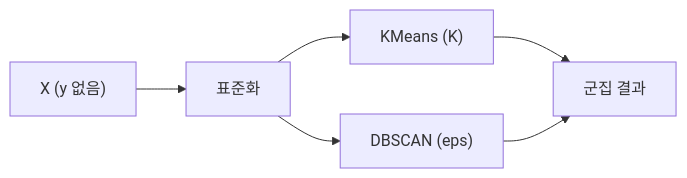
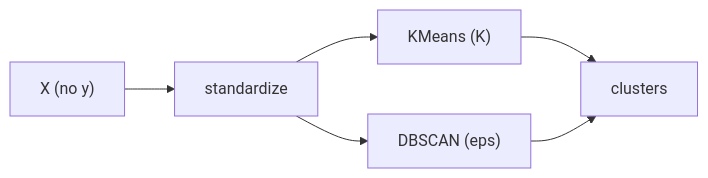
The diagram in content/machine-learning-101/ko/07-clustering.md (yeongseon-books/book-content), drawn with Mermaid before and after one commit. The commit also changed other lines of this file and 9 other files, not shown here.

````diff
--- a/content/machine-learning-101/ko/07-clustering.md
+++ b/content/machine-learning-101/ko/07-clustering.md
@@ -47,8 +45,8 @@
 ```mermaid
 flowchart LR
-    Data["X (y 없음)"] --> Std["표준화"]
+    Data["X (no y)"] --> Std["standardize"]
     Std --> KM["KMeans (K)"]
     Std --> DB["DBSCAN (eps)"]
-    KM --> Out["군집 결과"]
+    KM --> Out["clusters"]
     DB --> Out
 ```
````
